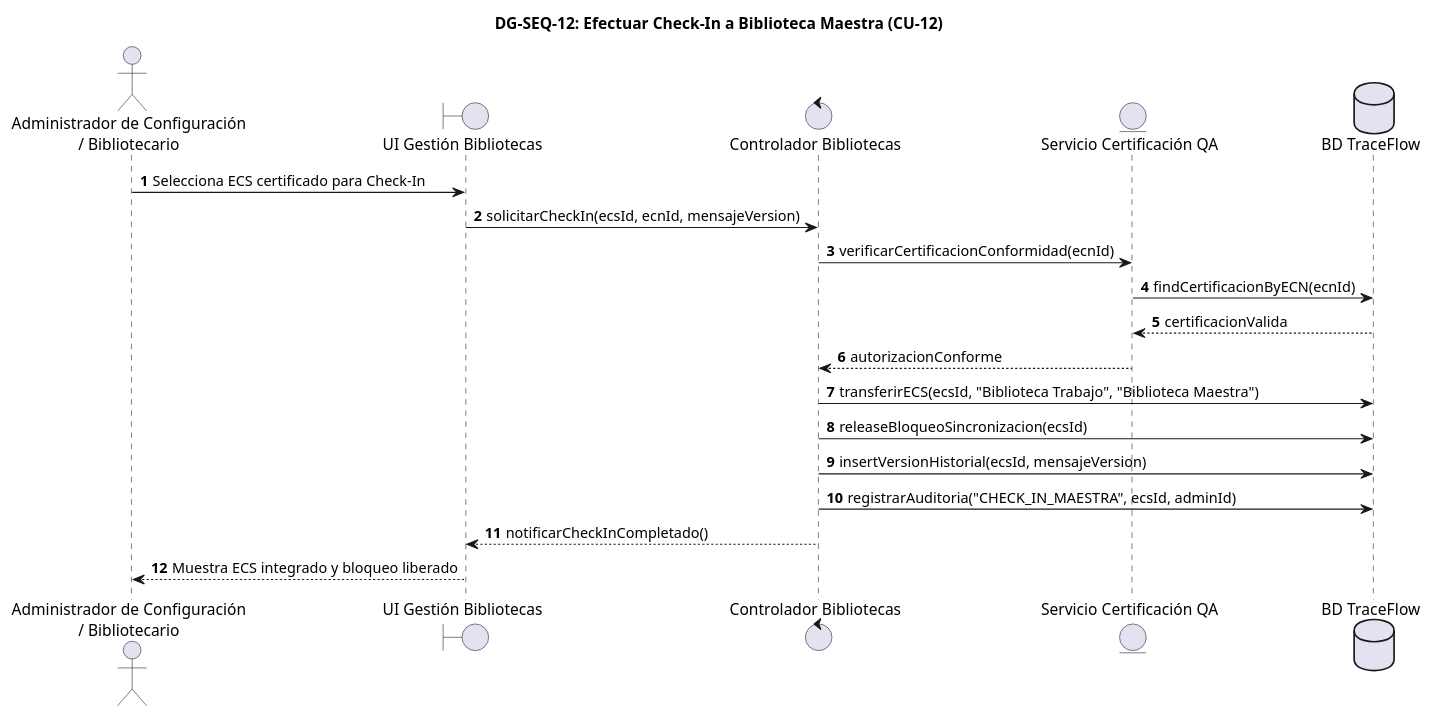
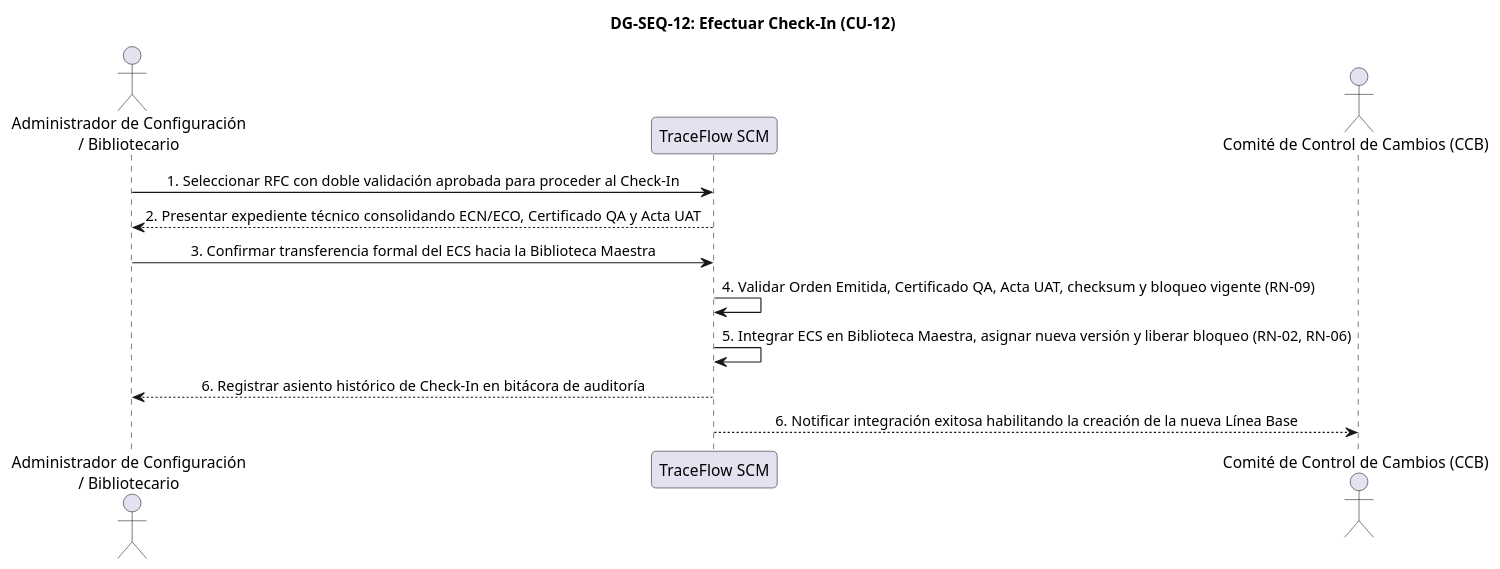
Before and after one commit to JMedina255/TraceFlow: diagram 25 of 44 in FD03-EPIS-Informe_SRS.md, drawn with PlantUML. The commit also changed other lines of this file and 2 other files, not shown here.

First line of the commit message:
docs(diagrams): refactorizar diagramas de secuencia DG-SEQ-01 a DG-SEQ-30 a nivel de analisis 1:1

````diff
--- a/FD03-EPIS-Informe_SRS.md
+++ b/FD03-EPIS-Informe_SRS.md
@@ -4534,30 +4535,23 @@
 ```plantuml
-@startuml
+@startuml DG-SEQ-12
 skinparam shadowing false
 skinparam roundcorner 8
 skinparam defaultFontName Arial
-autonumber
+skinparam sequenceMessageAlign center
 
-title <b>DG-SEQ-12: Efectuar Check-In a Biblioteca Maestra (CU-12)</b>
+title <b>DG-SEQ-12: Efectuar Check-In (CU-12)</b>
 
-actor "Administrador de Configuración\n/ Bibliotecario" as ACT
-boundary "UI Gestión Bibliotecas" as UI
-control "Controlador Bibliotecas" as CTRL
-entity "Servicio Certificación QA" as SRV_QA
-database "BD TraceFlow" as DB
+actor "Administrador de Configuración\n/ Bibliotecario" as Admin
+participant "TraceFlow SCM" as Sistema
+actor "Comité de Control de Cambios (CCB)" as CCB
 
-ACT -> UI : Selecciona ECS certificado para Check-In
-UI -> CTRL : solicitarCheckIn(ecsId, ecnId, mensajeVersion)
-CTRL -> SRV_QA : verificarCertificacionConformidad(ecnId)
-SRV_QA -> DB : findCertificacionByECN(ecnId)
-DB --> SRV_QA : certificacionValida
-SRV_QA --> CTRL : autorizacionConforme
+Admin -> Sistema: 1. Seleccionar RFC con doble validación aprobada para proceder al Check-In
+Sistema --> Admin: 2. Presentar expediente técnico consolidando ECN/ECO, Certificado QA y Acta UAT
+Admin -> Sistema: 3. Confirmar transferencia formal del ECS hacia la Biblioteca Maestra
+Sistema -> Sistema: 4. Validar Orden Emitida, Certificado QA, Acta UAT, checksum y bloqueo vigente (RN-09)
+Sistema -> Sistema: 5. Integrar ECS en Biblioteca Maestra, asignar nueva versión y liberar bloqueo (RN-02, RN-06)
+Sistema --> Admin: 6. Registrar asiento histórico de Check-In en bitácora de auditoría
+Sistema --> CCB: 6. Notificar integración exitosa habilitando la creación de la nueva Línea Base
 
-CTRL -> DB : transferirECS(ecsId, "Biblioteca Trabajo", "Biblioteca Maestra")
-CTRL -> DB : releaseBloqueoSincronizacion(ecsId)
-CTRL -> DB : insertVersionHistorial(ecsId, mensajeVersion)
-CTRL -> DB : registrarAuditoria("CHECK_IN_MAESTRA", ecsId, adminId)
-CTRL --> UI : notificarCheckInCompletado()
-UI --> ACT : Muestra ECS integrado y bloqueo liberado
 @enduml
 ```
````
